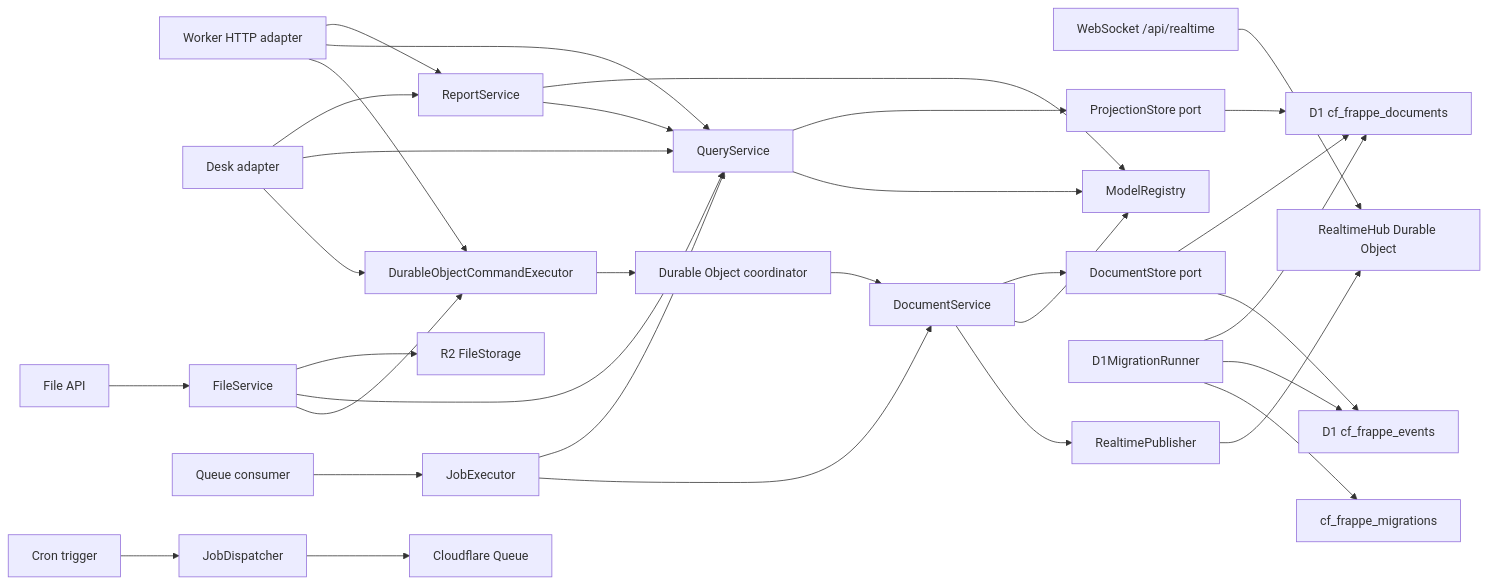
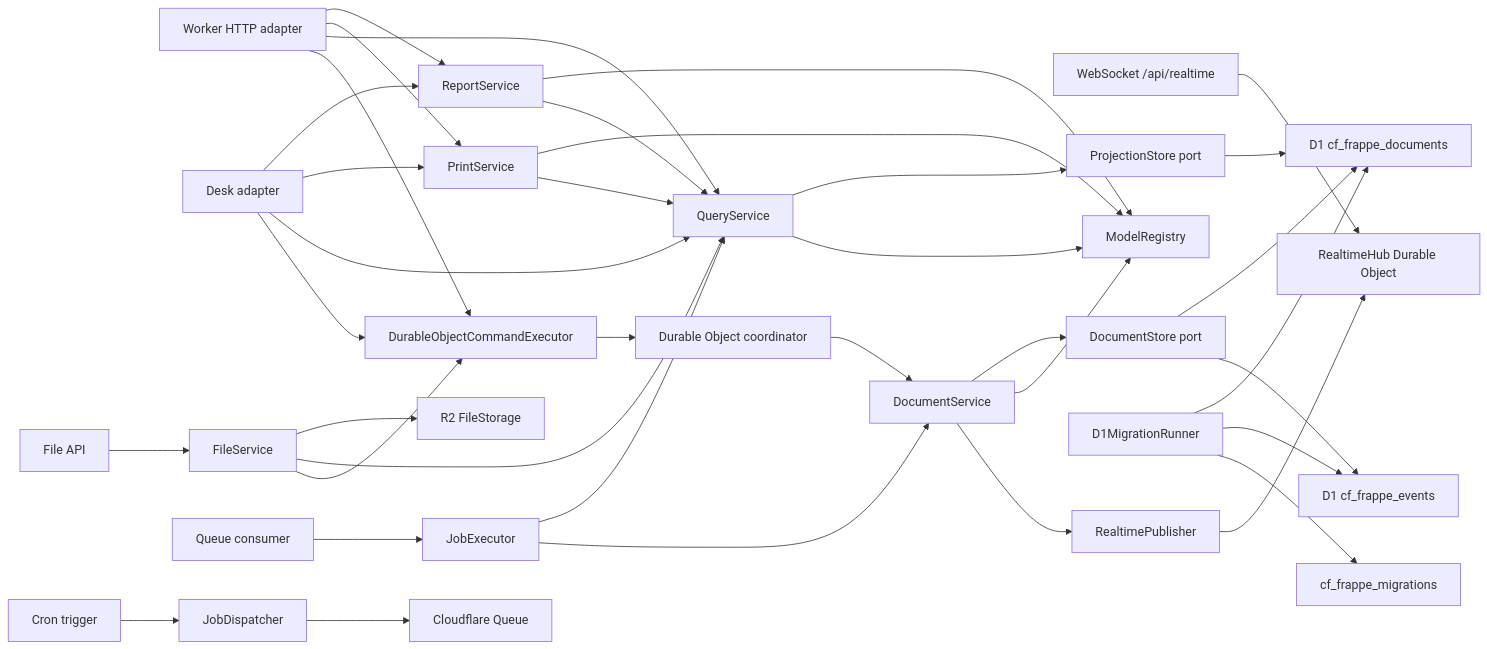
One commit to victor-develop/cf-frappe changed the diagram in README.md. Above: the diagram before and after it, drawn with Mermaid. The commit also changed other lines of this file and 21 other files, not shown here.

````diff
--- a/README.md
+++ b/README.md
@@ -352,35 +387,39 @@
 ```mermaid
 flowchart LR
   HTTP["Worker HTTP adapter"] --> DOCLIENT["DurableObjectCommandExecutor"]
   DESK["Desk adapter"] --> DOCLIENT
   DESK --> QUERY
+  DESK --> PRINTS
   DESK --> REPORTS
   CRON["Cron trigger"] --> JOBS["JobDispatcher"]
   QUEUE["Queue consumer"] --> EXEC["JobExecutor"]
   FILES["File API"] --> FSVC["FileService"]
   FSVC --> DOCLIENT
   FSVC --> QUERY
   FSVC --> R2["R2 FileStorage"]
   WS["WebSocket /api/realtime"] --> RTHUB["RealtimeHub Durable Object"]
   APP --> RT["RealtimePublisher"]
   RT --> RTHUB
   JOBS --> CFQ["Cloudflare Queue"]
   EXEC --> APP
   EXEC --> QUERY
   DOCLIENT --> DO["Durable Object coordinator"]
   DO --> APP["DocumentService"]
   HTTP --> QUERY["QueryService"]
+  HTTP --> PRINTS["PrintService"]
+  PRINTS --> QUERY
+  PRINTS --> REG
   HTTP --> REPORTS["ReportService"]
   REPORTS --> QUERY
   REPORTS --> REG
   APP --> REG["ModelRegistry"]
   QUERY --> REG
   APP --> STORE["DocumentStore port"]
   MIG["D1MigrationRunner"] --> D1M["cf_frappe_migrations"]
   MIG --> D1E
   MIG --> D1P
   QUERY --> PS["ProjectionStore port"]
   STORE --> D1E["D1 cf_frappe_events"]
   STORE --> D1P["D1 cf_frappe_documents"]
   PS --> D1P
 ```
````
